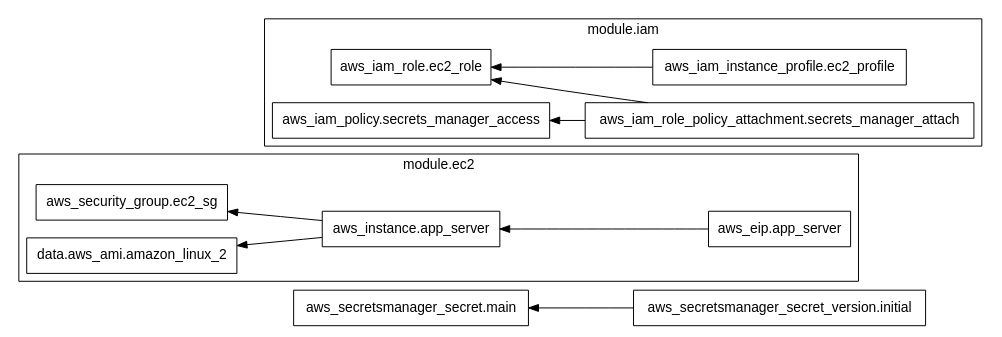
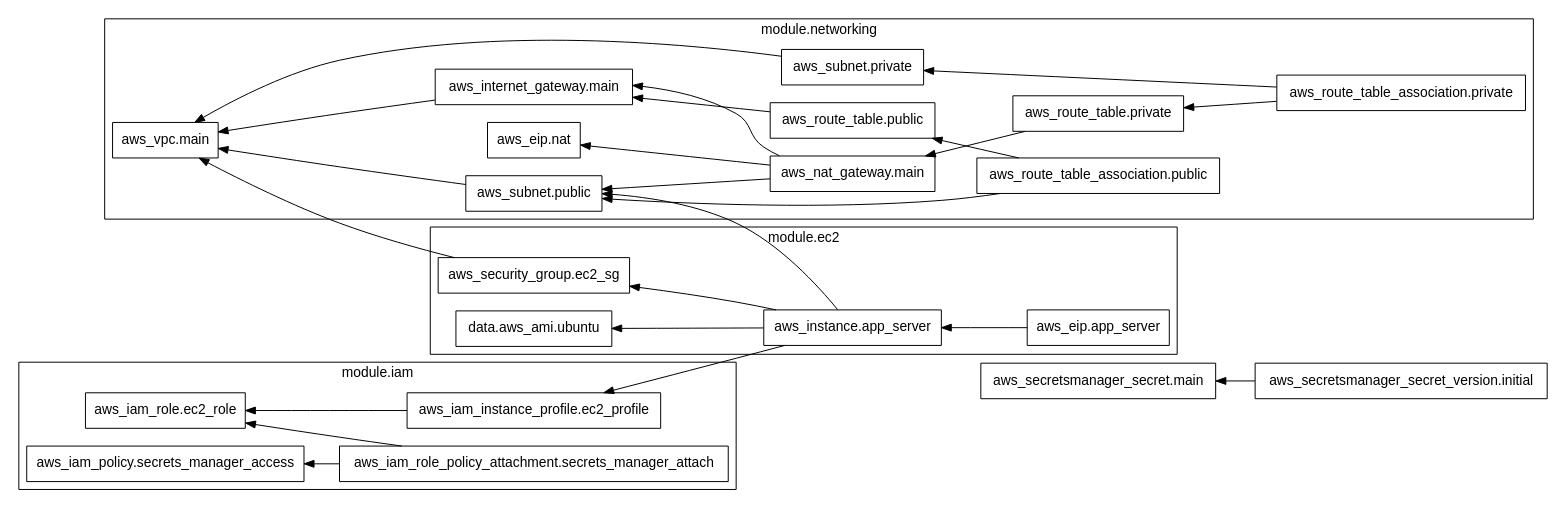
Before and after one commit to s-sasaki-earthsea-wizard/vecr-garage-infra-tf: the diagram in graphs/graph.dot, drawn with Graphviz. The commit also changed 2 other files, not shown here.

Commit message:
✨feat(ec2): Add Docker installation and networking module integration
- Implement Docker and Docker Compose installation in user data script
- Add Docker group membership for ubuntu and custom users
- Add build-essential package for development environment

```diff
--- a/graphs/graph.dot
+++ b/graphs/graph.dot
@@ -1,29 +1,58 @@
 digraph G {
   rankdir = "RL";
   node [shape = rect, fontname = "sans-serif"];
   "aws_secretsmanager_secret.main" [label="aws_secretsmanager_secret.main"];
   "aws_secretsmanager_secret_version.initial" [label="aws_secretsmanager_secret_version.initial"];
   subgraph "cluster_module.ec2" {
     label = "module.ec2"
     fontname = "sans-serif"
-    "module.ec2.data.aws_ami.amazon_linux_2" [label="data.aws_ami.amazon_linux_2"];
+    "module.ec2.data.aws_ami.ubuntu" [label="data.aws_ami.ubuntu"];
     "module.ec2.aws_eip.app_server" [label="aws_eip.app_server"];
     "module.ec2.aws_instance.app_server" [label="aws_instance.app_server"];
     "module.ec2.aws_security_group.ec2_sg" [label="aws_security_group.ec2_sg"];
   }
   subgraph "cluster_module.iam" {
     label = "module.iam"
     fontname = "sans-serif"
     "module.iam.aws_iam_instance_profile.ec2_profile" [label="aws_iam_instance_profile.ec2_profile"];
     "module.iam.aws_iam_policy.secrets_manager_access" [label="aws_iam_policy.secrets_manager_access"];
     "module.iam.aws_iam_role.ec2_role" [label="aws_iam_role.ec2_role"];
     "module.iam.aws_iam_role_policy_attachment.secrets_manager_attach" [label="aws_iam_role_policy_attachment.secrets_manager_attach"];
   }
+  subgraph "cluster_module.networking" {
+    label = "module.networking"
+    fontname = "sans-serif"
+    "module.networking.aws_eip.nat" [label="aws_eip.nat"];
+    "module.networking.aws_internet_gateway.main" [label="aws_internet_gateway.main"];
+    "module.networking.aws_nat_gateway.main" [label="aws_nat_gateway.main"];
+    "module.networking.aws_route_table.private" [label="aws_route_table.private"];
+    "module.networking.aws_route_table.public" [label="aws_route_table.public"];
+    "module.networking.aws_route_table_association.private" [label="aws_route_table_association.private"];
+    "module.networking.aws_route_table_association.public" [label="aws_route_table_association.public"];
+    "module.networking.aws_subnet.private" [label="aws_subnet.private"];
+    "module.networking.aws_subnet.public" [label="aws_subnet.public"];
+    "module.networking.aws_vpc.main" [label="aws_vpc.main"];
+  }
   "aws_secretsmanager_secret_version.initial" -> "aws_secretsmanager_secret.main";
   "module.ec2.aws_eip.app_server" -> "module.ec2.aws_instance.app_server";
-  "module.ec2.aws_instance.app_server" -> "module.ec2.data.aws_ami.amazon_linux_2";
+  "module.ec2.aws_instance.app_server" -> "module.ec2.data.aws_ami.ubuntu";
   "module.ec2.aws_instance.app_server" -> "module.ec2.aws_security_group.ec2_sg";
+  "module.ec2.aws_instance.app_server" -> "module.iam.aws_iam_instance_profile.ec2_profile";
+  "module.ec2.aws_instance.app_server" -> "module.networking.aws_subnet.public";
+  "module.ec2.aws_security_group.ec2_sg" -> "module.networking.aws_vpc.main";
   "module.iam.aws_iam_instance_profile.ec2_profile" -> "module.iam.aws_iam_role.ec2_role";
   "module.iam.aws_iam_role_policy_attachment.secrets_manager_attach" -> "module.iam.aws_iam_policy.secrets_manager_access";
   "module.iam.aws_iam_role_policy_attachment.secrets_manager_attach" -> "module.iam.aws_iam_role.ec2_role";
+  "module.networking.aws_internet_gateway.main" -> "module.networking.aws_vpc.main";
+  "module.networking.aws_nat_gateway.main" -> "module.networking.aws_eip.nat";
+  "module.networking.aws_nat_gateway.main" -> "module.networking.aws_internet_gateway.main";
+  "module.networking.aws_nat_gateway.main" -> "module.networking.aws_subnet.public";
+  "module.networking.aws_route_table.private" -> "module.networking.aws_nat_gateway.main";
+  "module.networking.aws_route_table.public" -> "module.networking.aws_internet_gateway.main";
+  "module.networking.aws_route_table_association.private" -> "module.networking.aws_route_table.private";
+  "module.networking.aws_route_table_association.private" -> "module.networking.aws_subnet.private";
+  "module.networking.aws_route_table_association.public" -> "module.networking.aws_route_table.public";
+  "module.networking.aws_route_table_association.public" -> "module.networking.aws_subnet.public";
+  "module.networking.aws_subnet.private" -> "module.networking.aws_vpc.main";
+  "module.networking.aws_subnet.public" -> "module.networking.aws_vpc.main";
 }
```
